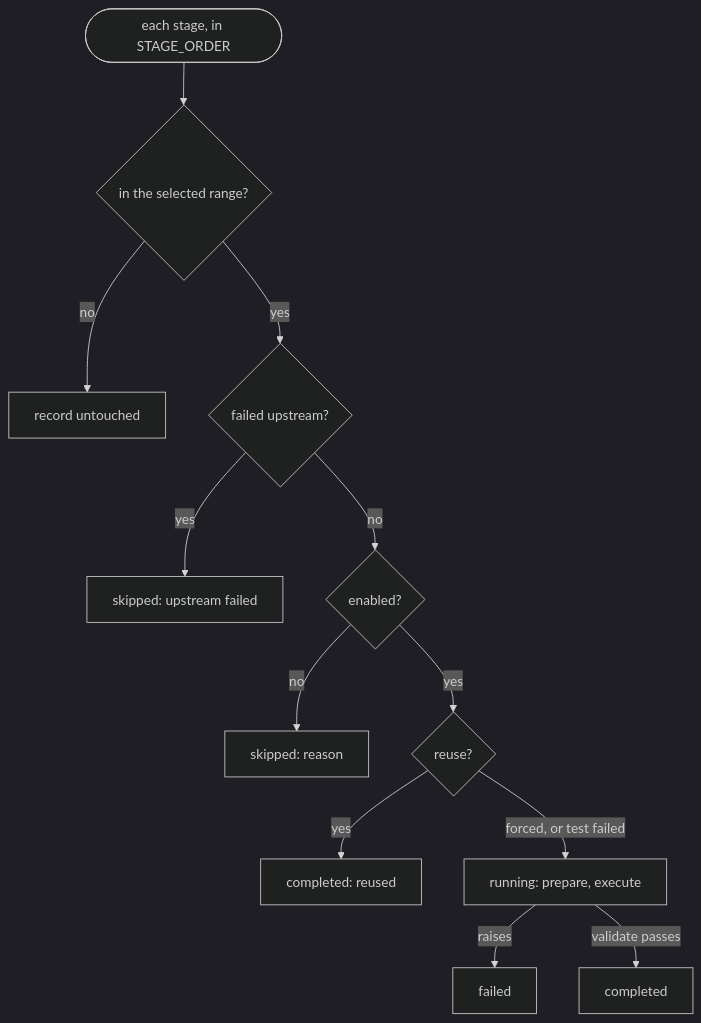
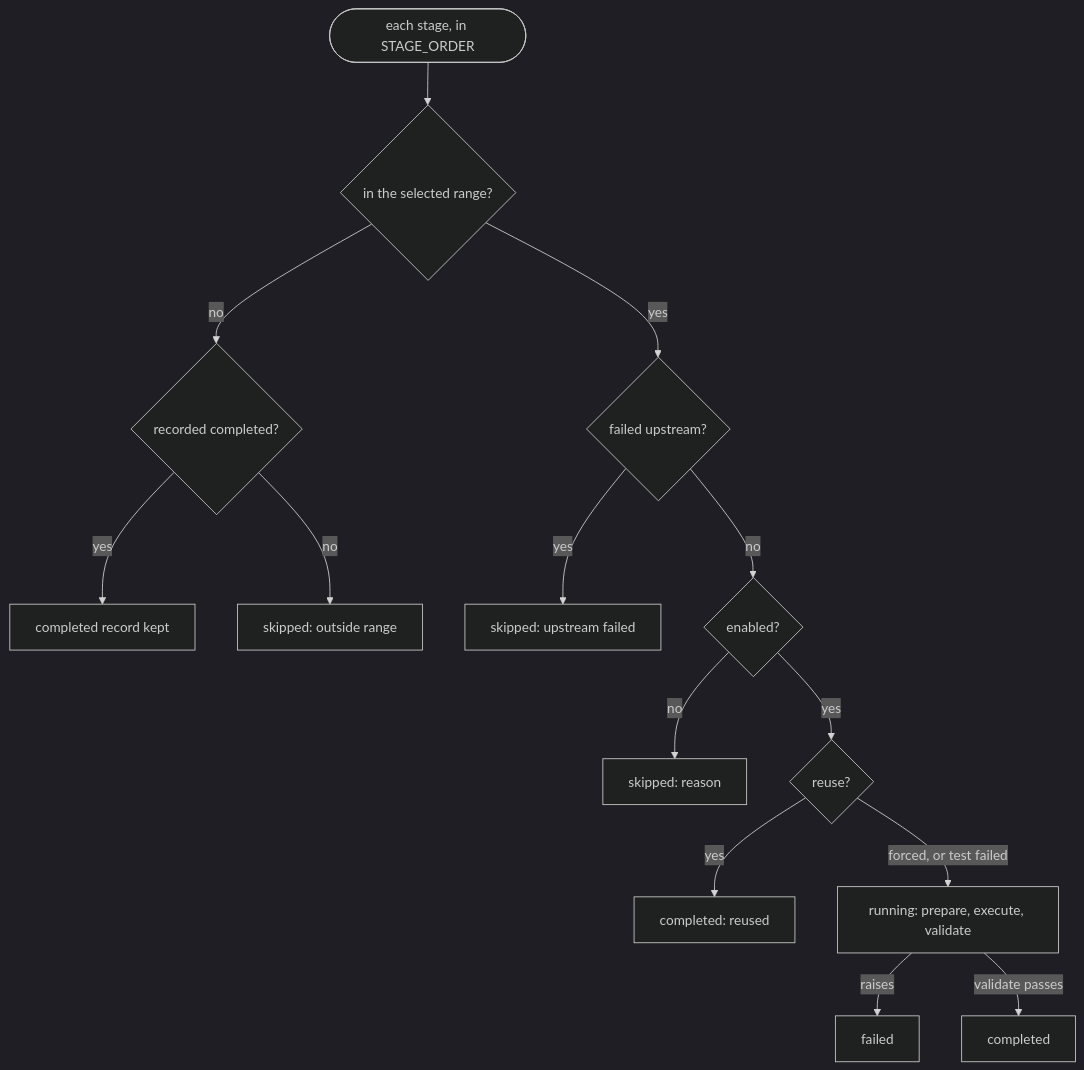
Before and after one commit to RaulKite/storytell-pipeline: the third of 4 diagrams in docs/architecture.md, drawn with Mermaid (dark theme). The commit also changed other lines of this file and 3 other files, not shown here.

````diff
--- a/docs/architecture.md
+++ b/docs/architecture.md
@@ -115,14 +115,16 @@
 ```mermaid
 flowchart TD
     visit(["each stage, in STAGE_ORDER"]) --> range{"in the selected range?"}
-    range -- no --> outside["record untouched"]
+    range -- no --> prior{"recorded completed?"}
+    prior -- yes --> keptprior["completed record kept"]
+    prior -- no --> outside["skipped: outside range"]
     range -- yes --> poison{"failed upstream?"}
     poison -- yes --> blocked["skipped: upstream failed"]
     poison -- no --> able{"enabled?"}
     able -- no --> disabled["skipped: reason"]
     able -- yes --> reuse{"reuse?"}
     reuse -- yes --> kept["completed: reused"]
-    reuse -- "forced, or test failed" --> running["running: prepare, execute"]
-    running -- "raises" --> failed["failed"]
+    reuse -- "forced, or test failed" --> running
+    running["running: prepare, execute, validate"] -- "raises" --> failed["failed"]
     running -- "validate passes" --> done["completed"]
 ```
````
